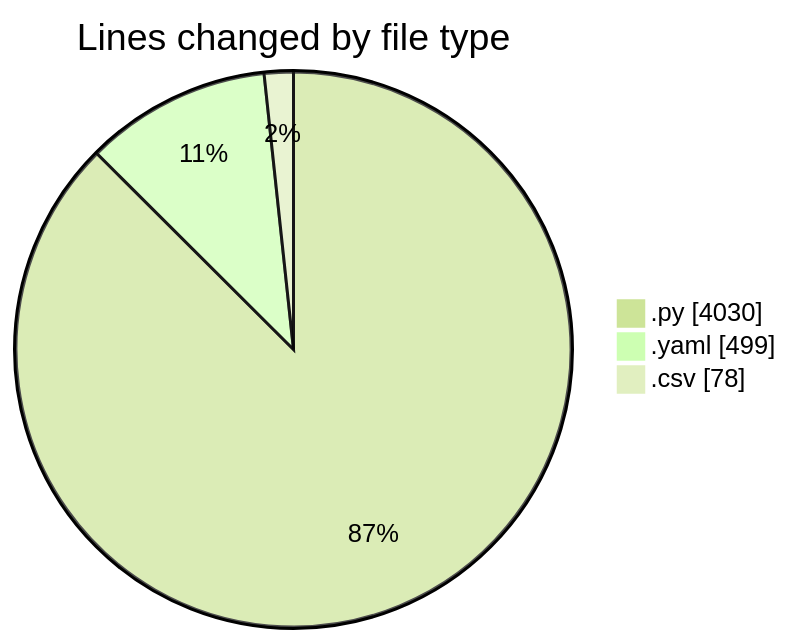
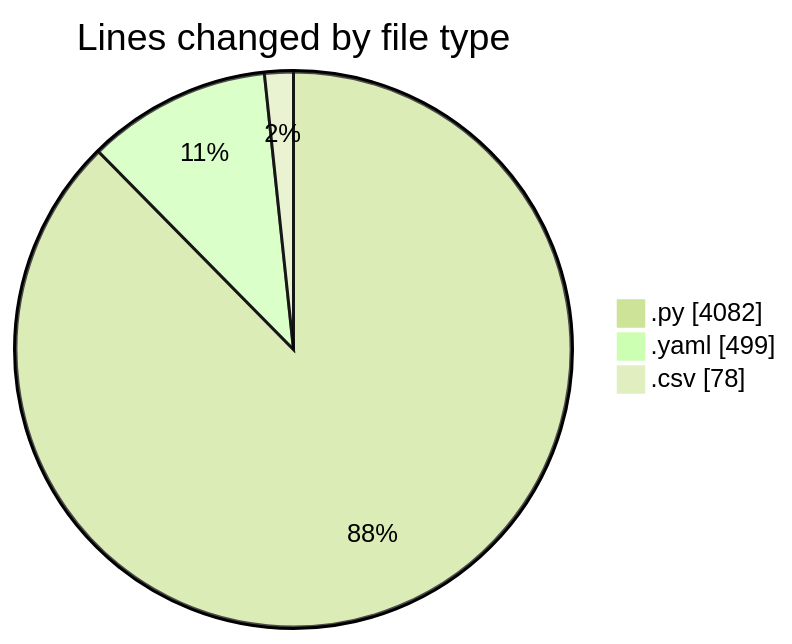
The first of 2 diagrams in 2025-03-01/myws__workspace_/README.md (MatusMokan/code-tracking), drawn with Mermaid (forest theme) before and after one commit. The commit also changed other lines of this file and 1 other file, not shown here.

````diff
--- a/2025-03-01/myws__workspace_/README.md
+++ b/2025-03-01/myws__workspace_/README.md
@@ -31,7 +31,7 @@
 ```mermaid
 pie showData
 title Lines changed by file type
-".py" : 4030
+".py" : 4082
 ".yaml" : 499
 ".csv" : 78
 ```
````
